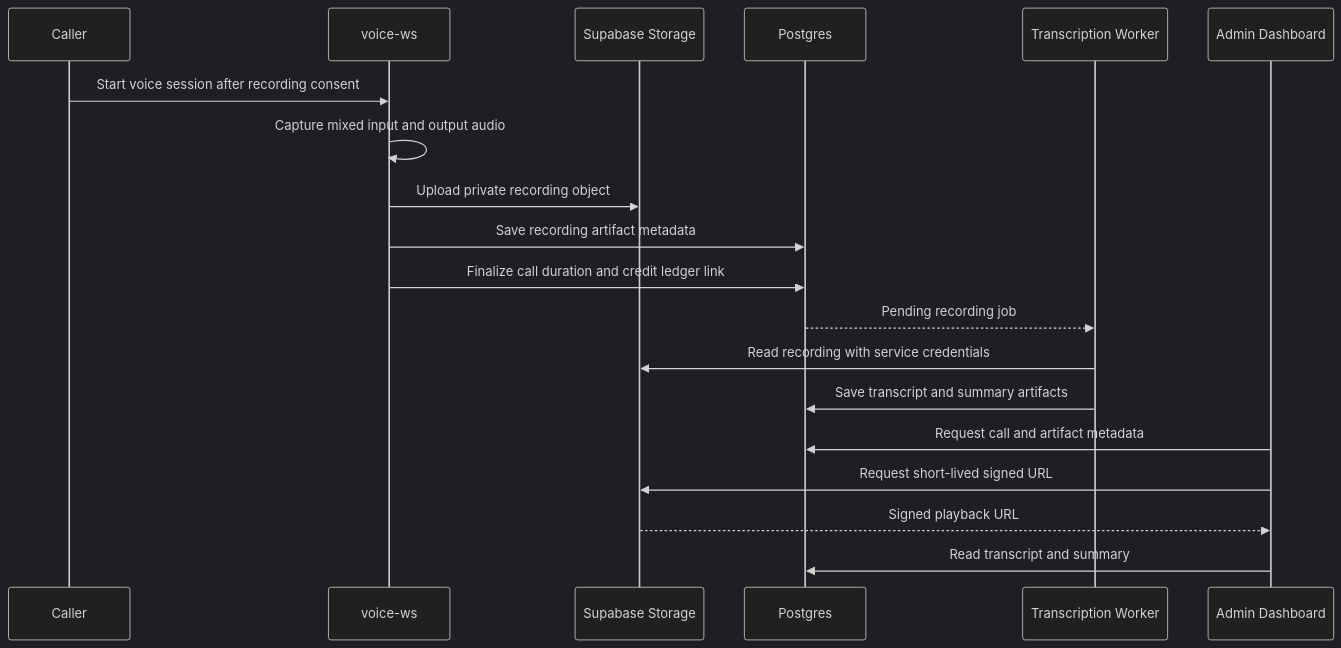
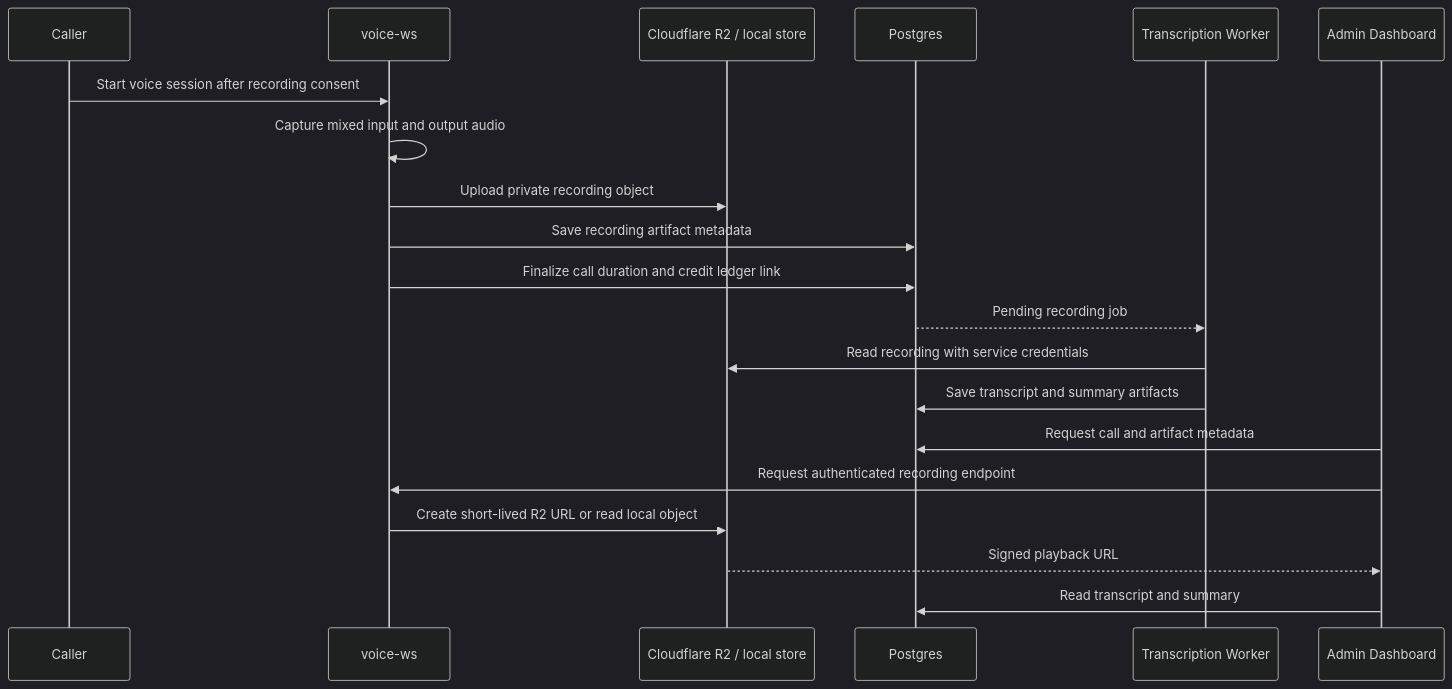
Before and after one commit to gauravdhiman/a1-voice-agent-platform: the diagram in docs/03_implementation/call_recording_and_transcription.md, drawn with Mermaid (dark theme). The commit also changed other lines of this file and 38 other files, not shown here.

Commit message:
feat(call-recording): add secure storage and playback

````diff
--- a/docs/03_implementation/call_recording_and_transcription.md
+++ b/docs/03_implementation/call_recording_and_transcription.md
@@ -40,22 +50,23 @@
 ```mermaid
 sequenceDiagram
     participant Caller
     participant Worker as voice-ws
-    participant Storage as Supabase Storage
+    participant Storage as Cloudflare R2 / local store
     participant Database as Postgres
     participant Transcriber as Transcription Worker
     participant Admin as Admin Dashboard
 
     Caller->>Worker: Start voice session after recording consent
     Worker->>Worker: Capture mixed input and output audio
     Worker->>Storage: Upload private recording object
     Worker->>Database: Save recording artifact metadata
     Worker->>Database: Finalize call duration and credit ledger link
     Database-->>Transcriber: Pending recording job
     Transcriber->>Storage: Read recording with service credentials
     Transcriber->>Database: Save transcript and summary artifacts
     Admin->>Database: Request call and artifact metadata
-    Admin->>Storage: Request short-lived signed URL
+    Admin->>Worker: Request authenticated recording endpoint
+    Worker->>Storage: Create short-lived R2 URL or read local object
     Storage-->>Admin: Signed playback URL
     Admin->>Database: Read transcript and summary
 ```
````
